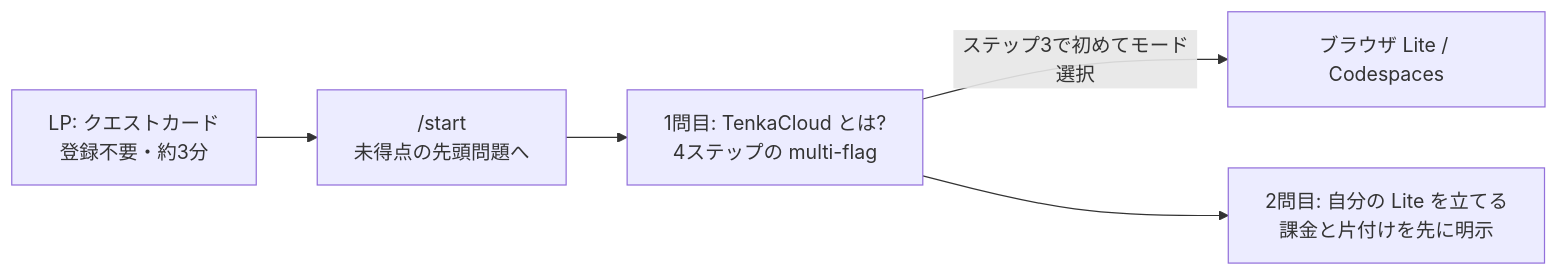
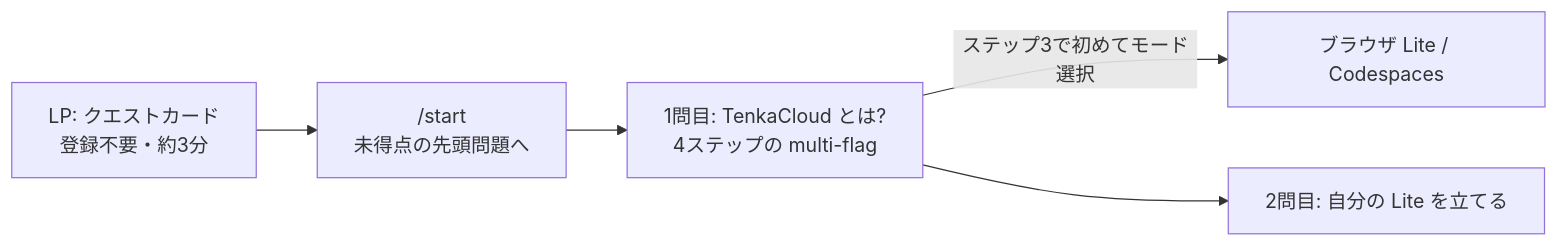
One commit to susumutomita/zenn-article changed the diagram in articles/tenkacloud-onboarding-as-first-problem.md. Above: the diagram before and after it, drawn with Mermaid. The commit also changed other lines of this file, not shown here.

````diff
--- a/articles/tenkacloud-onboarding-as-first-problem.md
+++ b/articles/tenkacloud-onboarding-as-first-problem.md
@@ -15,7 +19,7 @@
 ```mermaid
 flowchart LR
   LP["LP: クエストカード<br/>登録不要・約3分"] --> Start["/start<br/>未得点の先頭問題へ"]
   Start --> Q1["1問目: TenkaCloud とは?<br/>4ステップの multi-flag"]
   Q1 -->|ステップ3で初めてモード選択| Mode["ブラウザ Lite / Codespaces"]
-  Q1 --> Q2["2問目: 自分の Lite を立てる<br/>課金と片付けを先に明示"]
+  Q1 --> Q2["2問目: 自分の Lite を立てる"]
 ```
````
